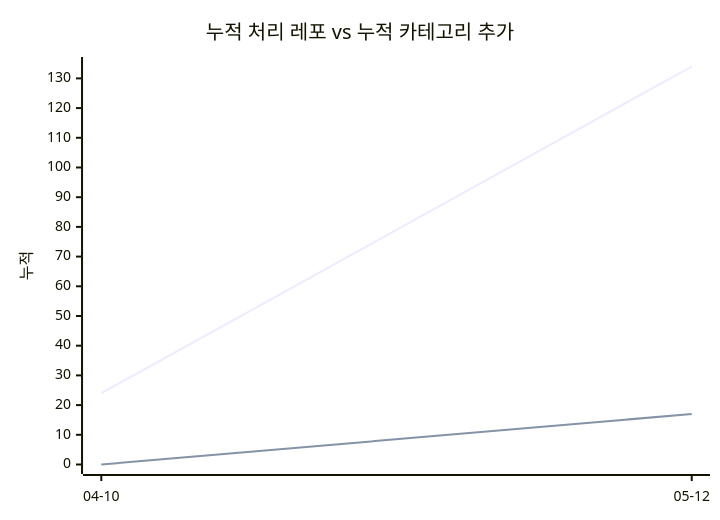
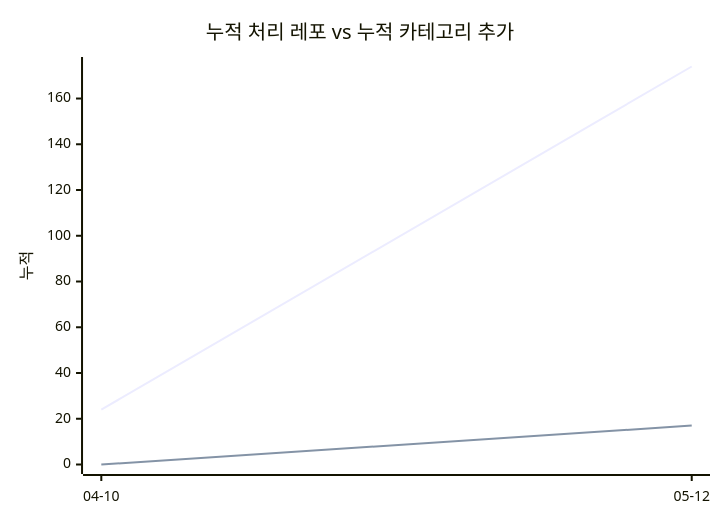
One commit to J-nowcow/awesome-korean-agent-skills changed the second of 2 diagrams in docs/trends.md. Above: the diagram before and after it, drawn with Mermaid. The commit also changed other lines of this file and 2 other files, not shown here.

````diff
--- a/docs/trends.md
+++ b/docs/trends.md
@@ -56,8 +56,8 @@
 ```mermaid
 xychart-beta
     title "누적 처리 레포 vs 누적 카테고리 추가"
     x-axis ["04-10","05-12"]
     y-axis "누적"
-    line [24,134]
+    line [24,174]
     line [0,17]
 ```
````
